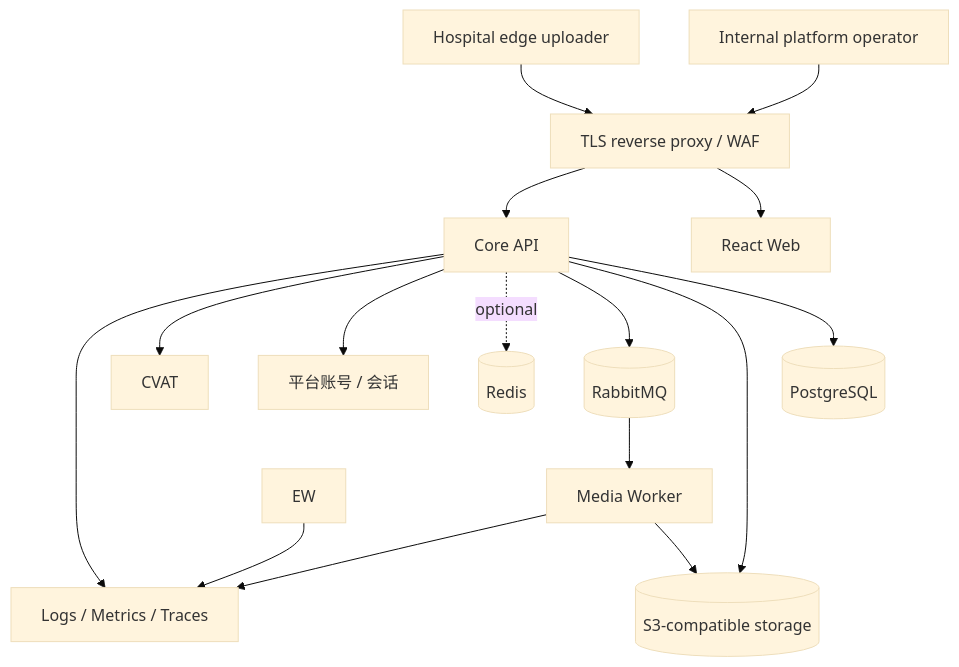
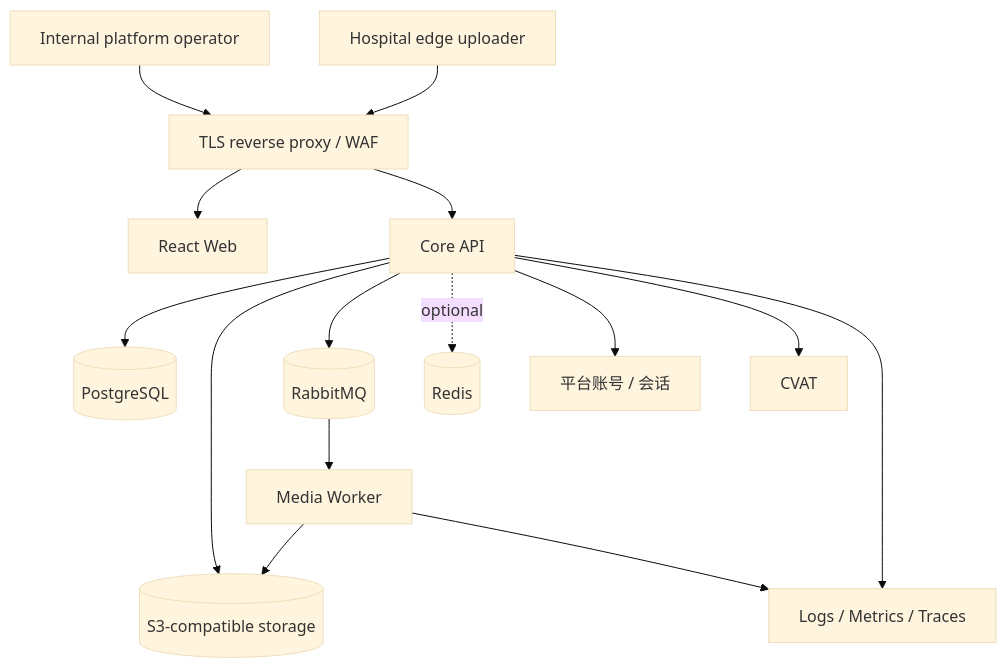
Before and after one commit to Soberis/medication-video-platform: the diagram in docs/architecture/deployment-capacity-and-dr.md, drawn with Mermaid (base theme). The commit also changed other lines of this file and 53 other files, not shown here.

````diff
--- a/docs/architecture/deployment-capacity-and-dr.md
+++ b/docs/architecture/deployment-capacity-and-dr.md
@@ -71,18 +71,17 @@
 ```mermaid
 flowchart TB
     U["Internal platform operator"] --> RP["TLS reverse proxy / WAF"]
     E["Hospital edge uploader"] --> RP
     RP --> WEB["React Web"]
     RP --> API["Core API"]
     API --> PG[(PostgreSQL)]
     API --> S3[(S3-compatible storage)]
     API --> MQ[(RabbitMQ)]
     API -. optional .-> REDIS[(Redis)]
     API --> ACCOUNT["平台账号 / 会话"]
     API --> CVAT["CVAT"]
     MQ --> MW["Media Worker"]
     MW --> S3
     API --> OBS["Logs / Metrics / Traces"]
     MW --> OBS
-    EW --> OBS
 ```
````
